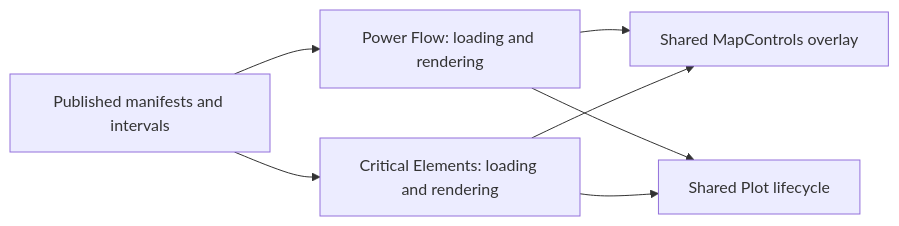
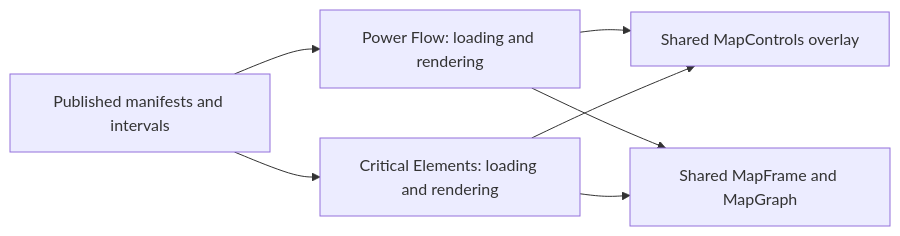
The diagram in coppersushi/frontend/README.md (zoltanmaric/coppersushi), drawn with Mermaid before and after one commit. The commit also changed other lines of this file and 18 other files, not shown here.

Commit message:
Share map frame, rendering, interval controls and loading presentation

````diff
--- a/coppersushi/frontend/README.md
+++ b/coppersushi/frontend/README.md
@@ -10,9 +10,9 @@
 ```mermaid
 flowchart LR
   files["Published manifests and intervals"] --> powerflow["Power Flow: loading and rendering"]
   files --> cnec["Critical Elements: loading and rendering"]
   powerflow --> controls["Shared MapControls overlay"]
   cnec --> controls
-  powerflow --> plot["Shared Plot lifecycle"]
+  powerflow --> plot["Shared MapFrame and MapGraph"]
   cnec --> plot
 ```
````
